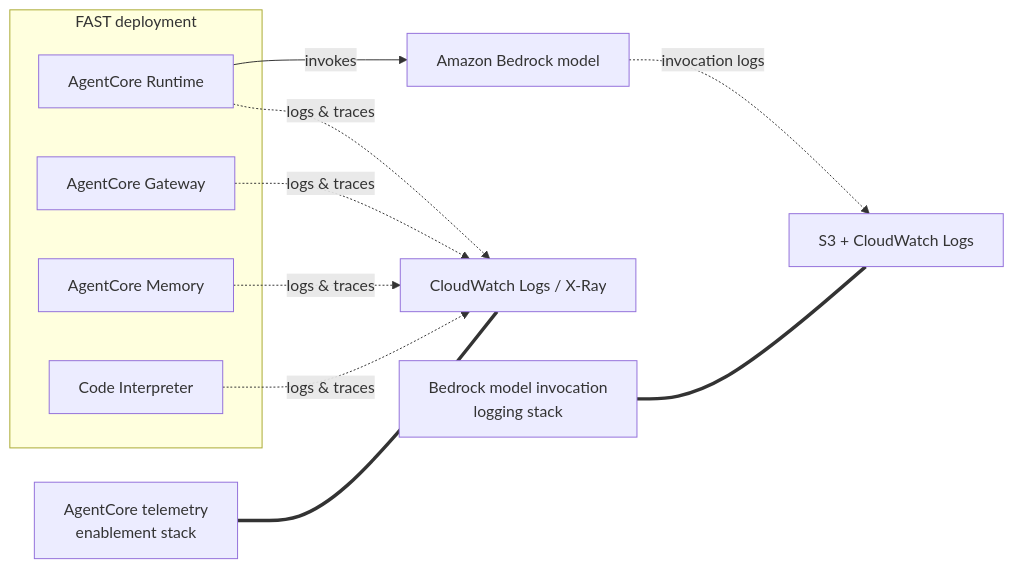
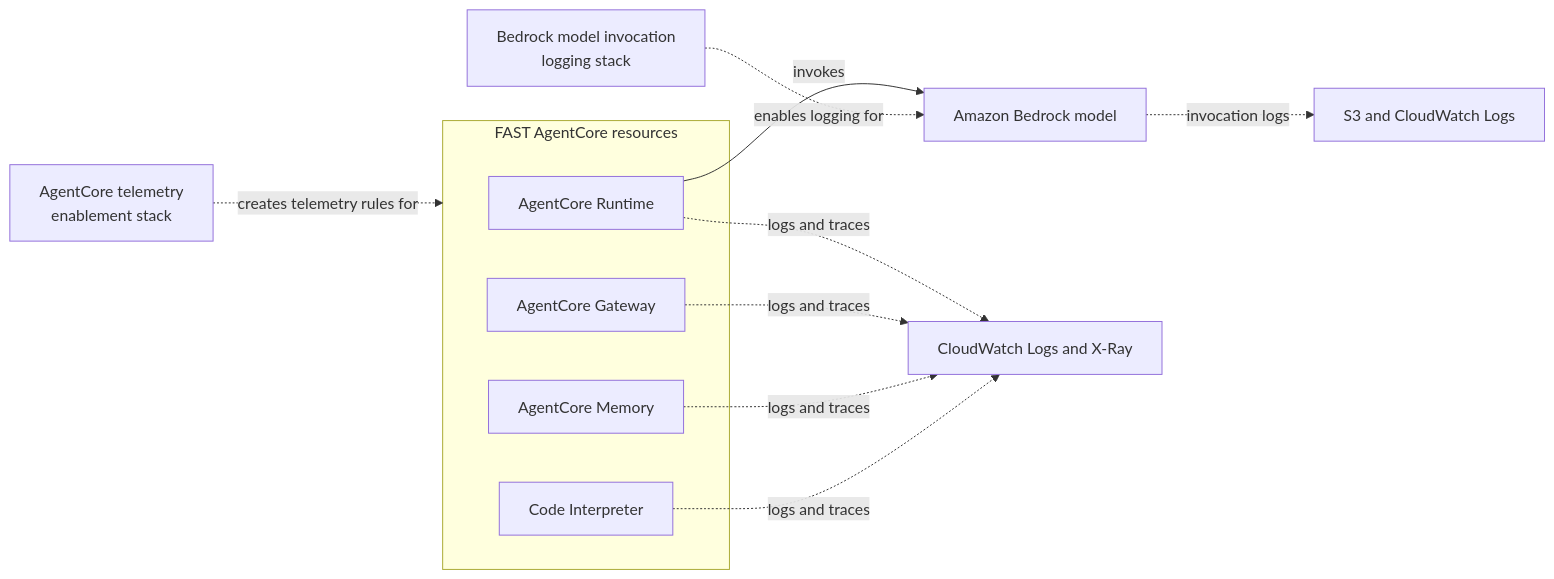
The diagram in docs/OBSERVABILITY.md (awslabs/fullstack-solution-template-for-agentcore), drawn with Mermaid before and after one commit.

Commit message:
Added files for observability

````diff
--- a/docs/OBSERVABILITY.md
+++ b/docs/OBSERVABILITY.md
@@ -40,19 +40,20 @@
 ```mermaid
 flowchart LR
-    subgraph FAST[FAST deployment]
+    subgraph FAST[FAST AgentCore resources]
         RT[AgentCore Runtime]
         GW[AgentCore Gateway]
         MEM[AgentCore Memory]
         CI[Code Interpreter]
     end
+
     RT -->|invokes| BR[Amazon Bedrock model]
 
-    RT -.logs & traces.-> CW[CloudWatch Logs / X-Ray]
-    GW -.logs & traces.-> CW
-    MEM -.logs & traces.-> CW
-    CI -.logs & traces.-> CW
-    BR -.invocation logs.-> S3CW[S3 + CloudWatch Logs]
+    RT -. "logs and traces" .-> CW[CloudWatch Logs and X-Ray]
+    GW -. "logs and traces" .-> CW
+    MEM -. "logs and traces" .-> CW
+    CI -. "logs and traces" .-> CW
+    BR -. "invocation logs" .-> S3CW[S3 and CloudWatch Logs]
 
-    T1[AgentCore telemetry\nenablement stack] === CW
-    T2[Bedrock model invocation\nlogging stack] === S3CW
+    T1["AgentCore telemetry<br/>enablement stack"] -. "creates telemetry rules for" .-> FAST
+    T2["Bedrock model invocation<br/>logging stack"] -. "enables logging for" .-> BR
 ```
````
